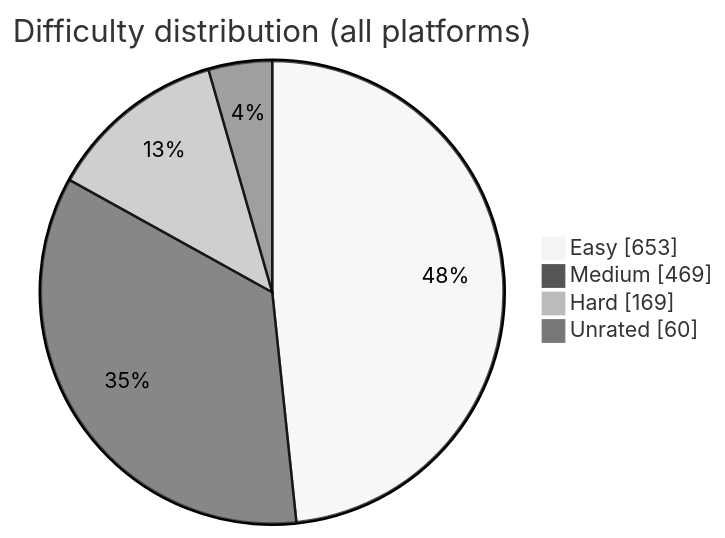
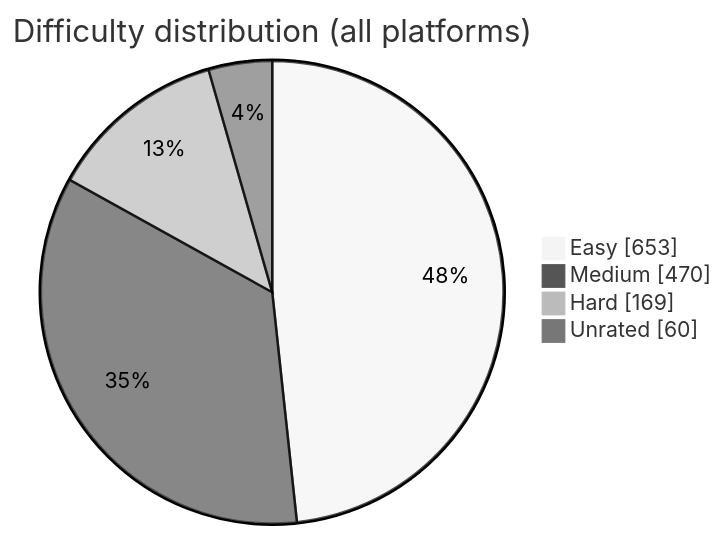
Before and after one commit to BuildbyArindam/Daily-Coding-Log: the diagram in README.md, drawn with Mermaid (neutral theme). The commit also changed other lines of this file, not shown here.

````diff
--- a/README.md
+++ b/README.md
@@ -93,7 +93,7 @@
 ```mermaid
 pie showData title Difficulty distribution (all platforms)
     "Easy" : 653
-    "Medium" : 469
+    "Medium" : 470
     "Hard" : 169
     "Unrated" : 60
 ```
````
